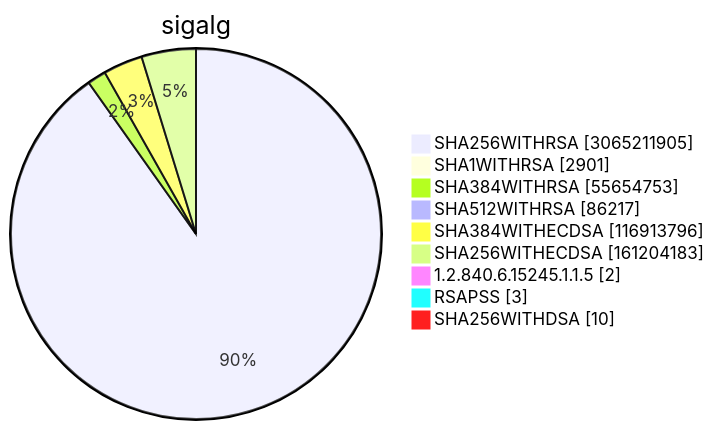
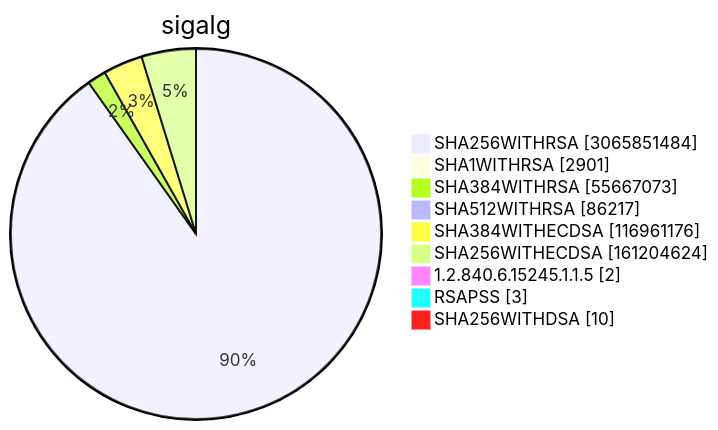
Diagram 15 of 15 in TOTAL/README.md (christiankrug/ctmonitor_visualization), drawn with Mermaid before and after one commit. The commit also changed other lines of this file, not shown here.

````diff
--- a/TOTAL/README.md
+++ b/TOTAL/README.md
@@ -6209,13 +6209,13 @@
 ```mermaid
 pie showData
 title sigalg
-"SHA256WITHRSA" :3065211905
+"SHA256WITHRSA" :3065851484
 "SHA1WITHRSA" :2901
-"SHA384WITHRSA" :55654753
+"SHA384WITHRSA" :55667073
 "SHA512WITHRSA" :86217
-"SHA384WITHECDSA" :116913796
-"SHA256WITHECDSA" :161204183
+"SHA384WITHECDSA" :116961176
+"SHA256WITHECDSA" :161204624
 "1.2.840.6.15245.1.1.5" :2
 "RSAPSS" :3
 "SHA256WITHDSA" :10
 ```
````
